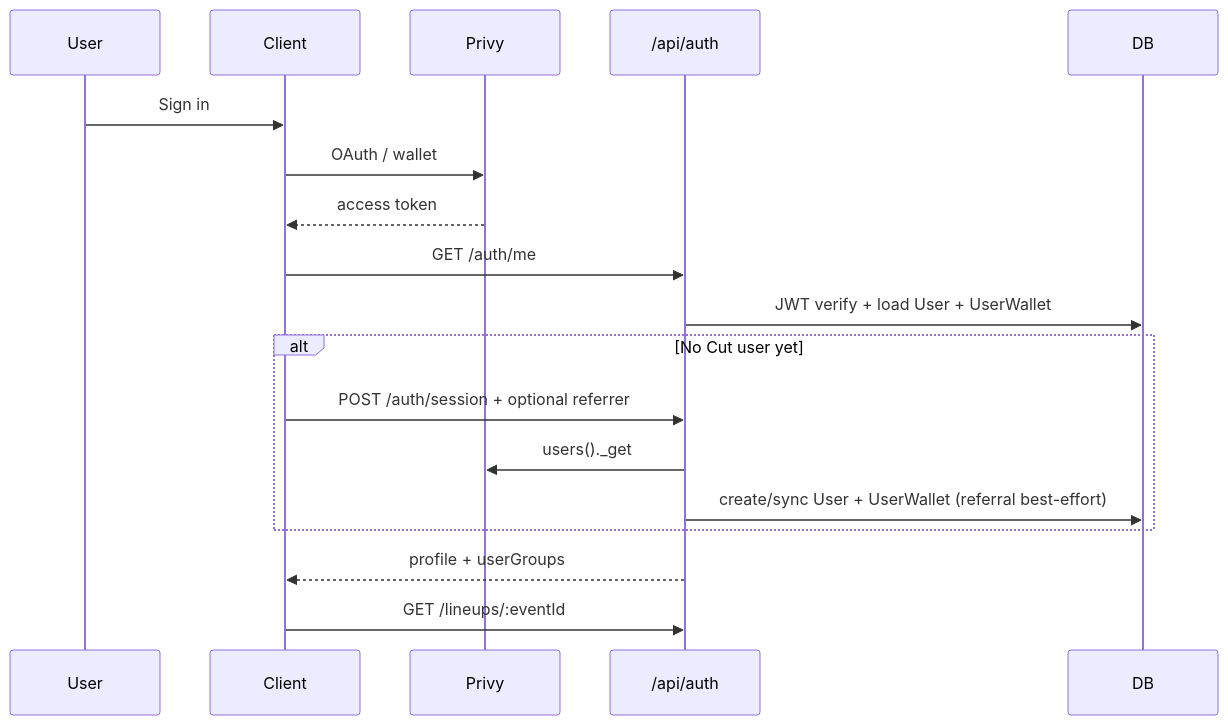
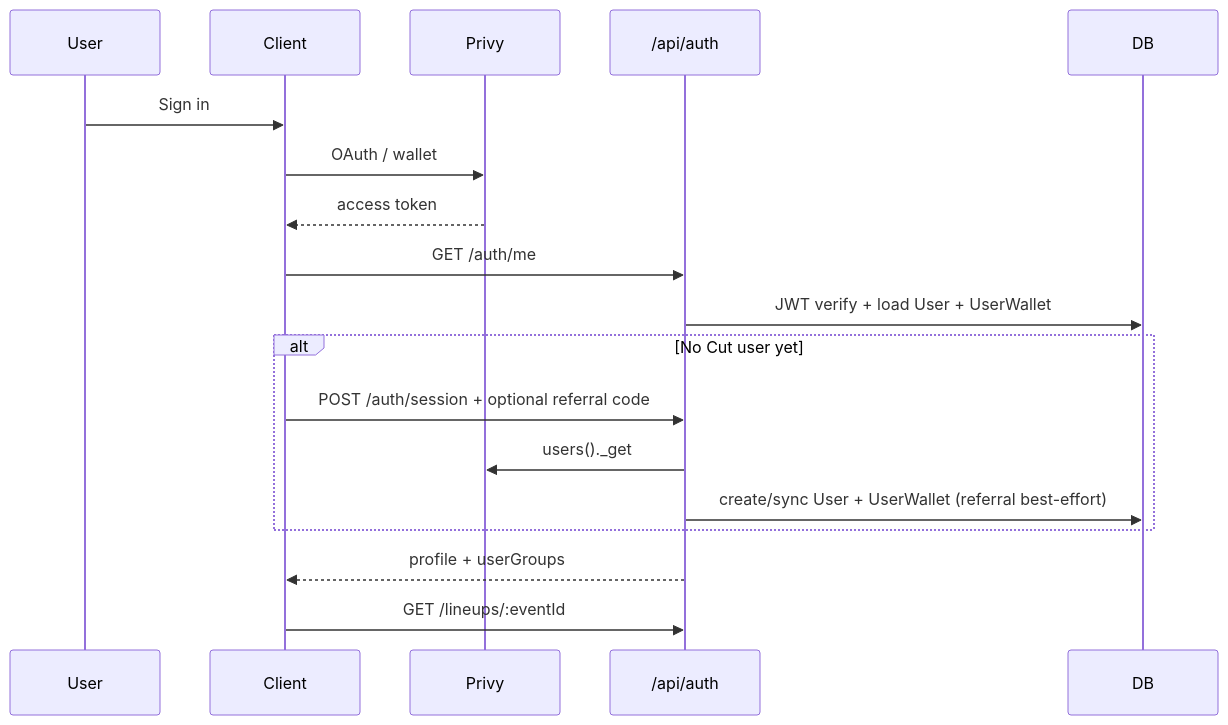
One commit to MagRelo/cut changed the second of 6 diagrams in spec/cross-layer.md. Above: the diagram before and after it, drawn with Mermaid. The commit also changed other lines of this file and 23 other files, not shown here.

````diff
--- a/spec/cross-layer.md
+++ b/spec/cross-layer.md
@@ -52,21 +52,21 @@
 ```mermaid
 sequenceDiagram
   participant User
   participant Client
   participant Privy
   participant API as /api/auth
   participant DB
 
   User->>Client: Sign in
   Client->>Privy: OAuth / wallet
   Privy-->>Client: access token
   Client->>API: GET /auth/me
   API->>DB: JWT verify + load User + UserWallet
   alt No Cut user yet
-    Client->>API: POST /auth/session + optional referrer
+    Client->>API: POST /auth/session + optional referral code
     API->>Privy: users()._get
     API->>DB: create/sync User + UserWallet (referral best-effort)
   end
   API-->>Client: profile + userGroups
   Client->>API: GET /lineups/:eventId
 ```
````
